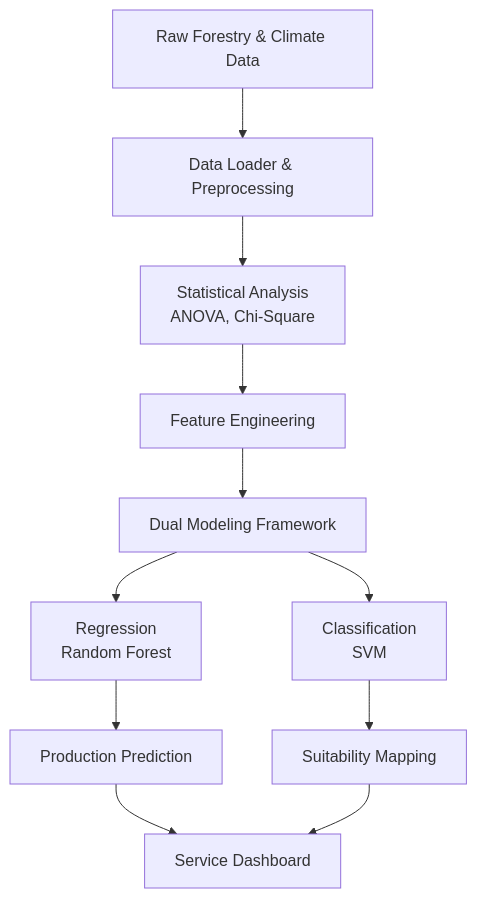
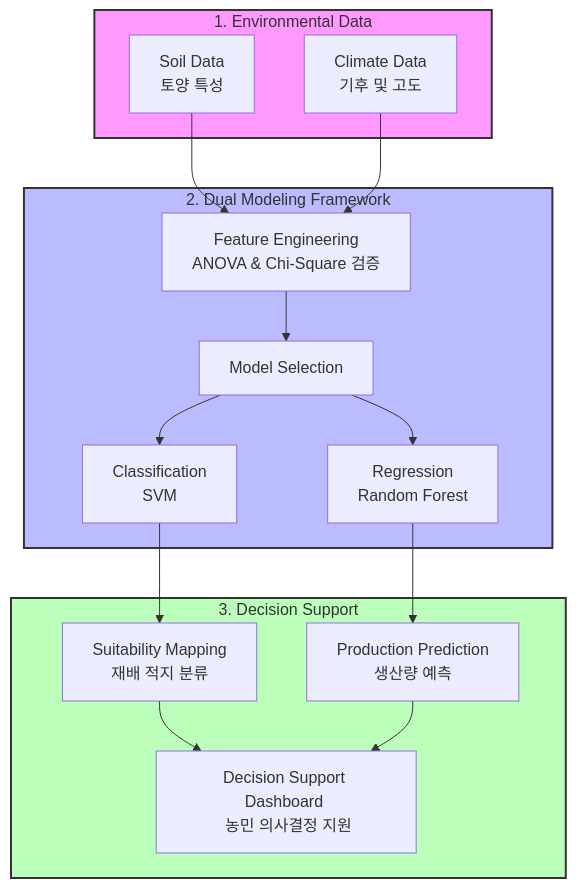
One commit to junhyung-L/2024-Forestry-Statistics-Smart-Competition-Contest changed the diagram in README.md. Above: the diagram before and after it, drawn with Mermaid.

Commit message:
docs: Strengthen narrative flow and story in README

````diff
--- a/README.md
+++ b/README.md
@@ -29,17 +29,26 @@
 ```mermaid
 graph TD
-    A[Raw Forestry & Climate Data] --> B[Data Loader & Preprocessing]
-    B --> C[Statistical Analysis <br> ANOVA, Chi-Square]
-    C --> D[Feature Engineering]
-    
-    D --> E[Dual Modeling Framework]
-    
-    E --> F[Regression <br> Random Forest]
-    E --> G[Classification <br> SVM]
-    
-    F --> H[Production Prediction]
-    G --> I[Suitability Mapping]
-    
-    H --> J[Service Dashboard]
-    I --> J
+    subgraph Inputs [1. Environmental Data]
+        A[Soil Data <br> 토양 특성]
+        B[Climate Data <br> 기후 및 고도]
+    end
+
+    subgraph Dual_Framework [2. Dual Modeling Framework]
+        A & B --> C[Feature Engineering <br> ANOVA & Chi-Square 검증]
+        C --> D[Model Selection]
+        
+        D --> E[Classification <br> SVM]
+        D --> F[Regression <br> Random Forest]
+    end
+
+    subgraph Outputs [3. Decision Support]
+        E --> G[Suitability Mapping <br> 재배 적지 분류]
+        F --> H[Production Prediction <br> 생산량 예측]
+        
+        G & H --> I[Decision Support Dashboard <br> 농민 의사결정 지원]
+    end
+
+    style Inputs fill:#f9f,stroke:#333,stroke-width:2px
+    style Dual_Framework fill:#bbf,stroke:#333,stroke-width:2px
+    style Outputs fill:#bfb,stroke:#333,stroke-width:2px
 ```
````
